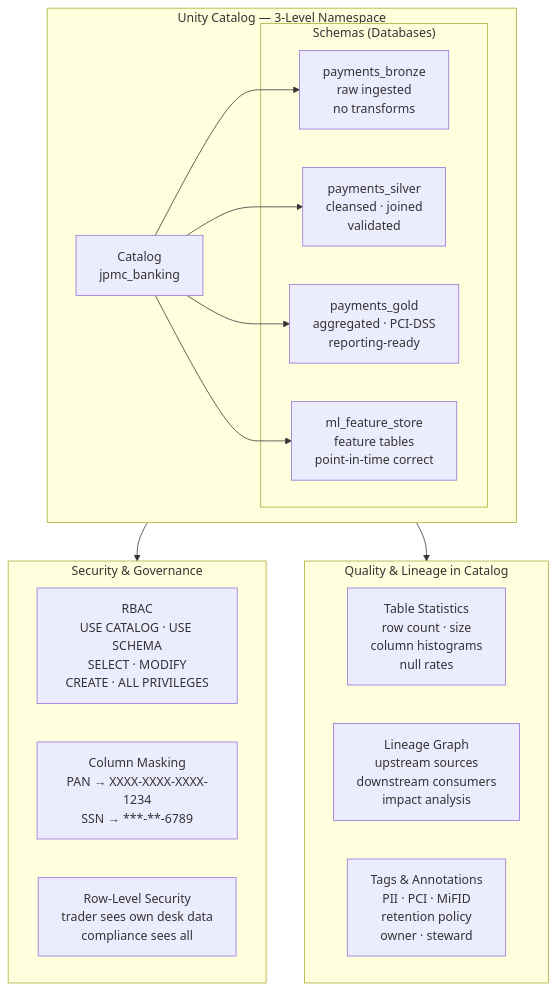
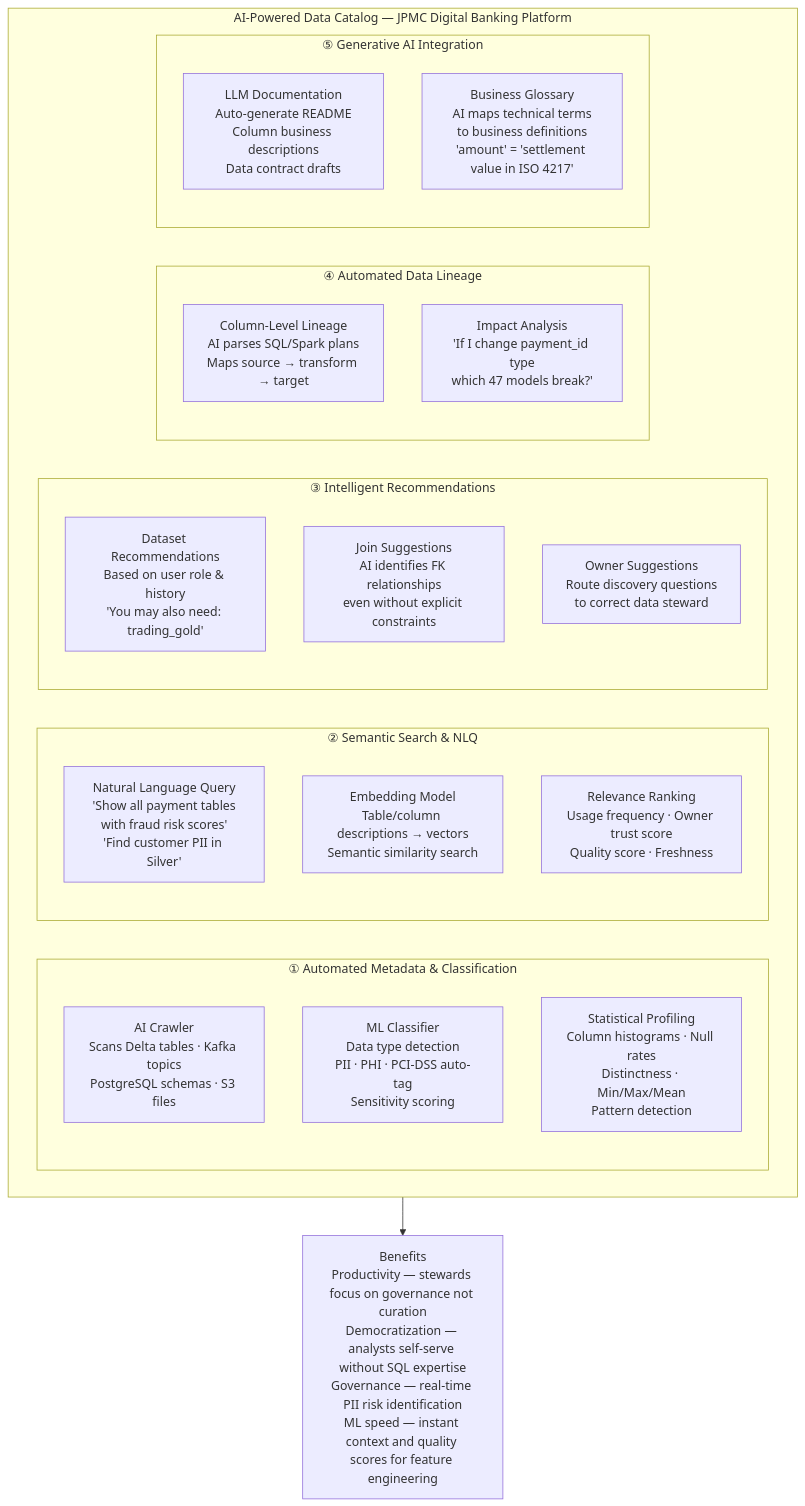
One commit to calvinlee999/Micro-Frontend-Architecture-and-UI-Component-Libraries-with-React changed diagram 13 of 22 in DATA_GOVERNANCE.md. Above: the diagram before and after it, drawn with Mermaid. The commit also changed other lines of this file, not shown here.

````diff
--- a/DATA_GOVERNANCE.md
+++ b/DATA_GOVERNANCE.md
@@ -766,31 +782,30 @@
 ```mermaid
 flowchart TB
-    subgraph CATALOG["Unity Catalog — 3-Level Namespace"]
-        CAT["Catalog\njpmc_banking"]
-        subgraph SCHEMAS["Schemas (Databases)"]
-            SCH1["payments_bronze\nraw ingested\nno transforms"]
-            SCH2["payments_silver\ncleansed · joined\nvalidated"]
-            SCH3["payments_gold\naggregated · PCI-DSS\nreporting-ready"]
-            SCH4["ml_feature_store\nfeature tables\npoint-in-time correct"]
+    subgraph AI_CATALOG["AI-Powered Data Catalog — JPMC Digital Banking Platform"]
+        subgraph CAP1["① Automated Metadata & Classification"]
+            CRAWL["AI Crawler\nScans Delta tables · Kafka topics\nPostgreSQL schemas · S3 files"]
+            CLASSIFY["ML Classifier\nData type detection\nPII · PHI · PCI-DSS auto-tag\nSensitivity scoring"]
+            PROFILE["Statistical Profiling\nColumn histograms · Null rates\nDistinctness · Min/Max/Mean\nPattern detection"]
         end
-        CAT --> SCH1
-        CAT --> SCH2
-        CAT --> SCH3
-        CAT --> SCH4
+        subgraph CAP2["② Semantic Search & NLQ"]
+            NLQ["Natural Language Query\n'Show all payment tables\nwith fraud risk scores'\n'Find customer PII in Silver'"]
+            EMBED["Embedding Model\nTable/column descriptions → vectors\nSemantic similarity search"]
+            RANK["Relevance Ranking\nUsage frequency · Owner trust score\nQuality score · Freshness"]
+        end
+        subgraph CAP3["③ Intelligent Recommendations"]
+            REC_DS["Dataset Recommendations\nBased on user role & history\n'You may also need: trading_gold'"]
+            REC_JOIN["Join Suggestions\nAI identifies FK relationships\neven without explicit constraints"]
+            REC_OWN["Owner Suggestions\nRoute discovery questions\nto correct data steward"]
+        end
+        subgraph CAP4["④ Automated Data Lineage"]
+            AUTO_LIN["Column-Level Lineage\nAI parses SQL/Spark plans\nMaps source → transform → target"]
+            IMPACT["Impact Analysis\n'If I change payment_id type\nwhich 47 models break?'"]
+        end
+        subgraph CAP5["⑤ Generative AI Integration"]
+            LLM_DOC["LLM Documentation\nAuto-generate README\nColumn business descriptions\nData contract drafts"]
+            GLOSSARY["Business Glossary\nAI maps technical terms\nto business definitions\n'amount' = 'settlement value in ISO 4217'"]
+        end
     end
 
-    subgraph SECURITY["Security & Governance"]
-        RBAC["RBAC\nUSE CATALOG · USE SCHEMA\nSELECT · MODIFY\nCREATE · ALL PRIVILEGES"]
-        CMASK["Column Masking\nPAN → XXXX-XXXX-XXXX-1234\nSSN → ***-**-6789"]
-        RLS["Row-Level Security\ntrader sees own desk data\ncompliance sees all"]
-    end
-
-    subgraph QUALITY_CAT["Quality & Lineage in Catalog"]
-        STATS["Table Statistics\nrow count · size\ncolumn histograms\nnull rates"]
-        LINEAGE_CAT["Lineage Graph\nupstream sources\ndownstream consumers\nimpact analysis"]
-        TAGS["Tags & Annotations\nPII · PCI · MiFID\nretention policy\nowner · steward"]
-    end
-
-    CATALOG --> SECURITY
-    CATALOG --> QUALITY_CAT
+    AI_CATALOG --> BENEFIT["Benefits\nProductivity — stewards focus on governance not curation\nDemocratization — analysts self-serve without SQL expertise\nGovernance — real-time PII risk identification\nML speed — instant context and quality scores for feature engineering"]
 ```
````
